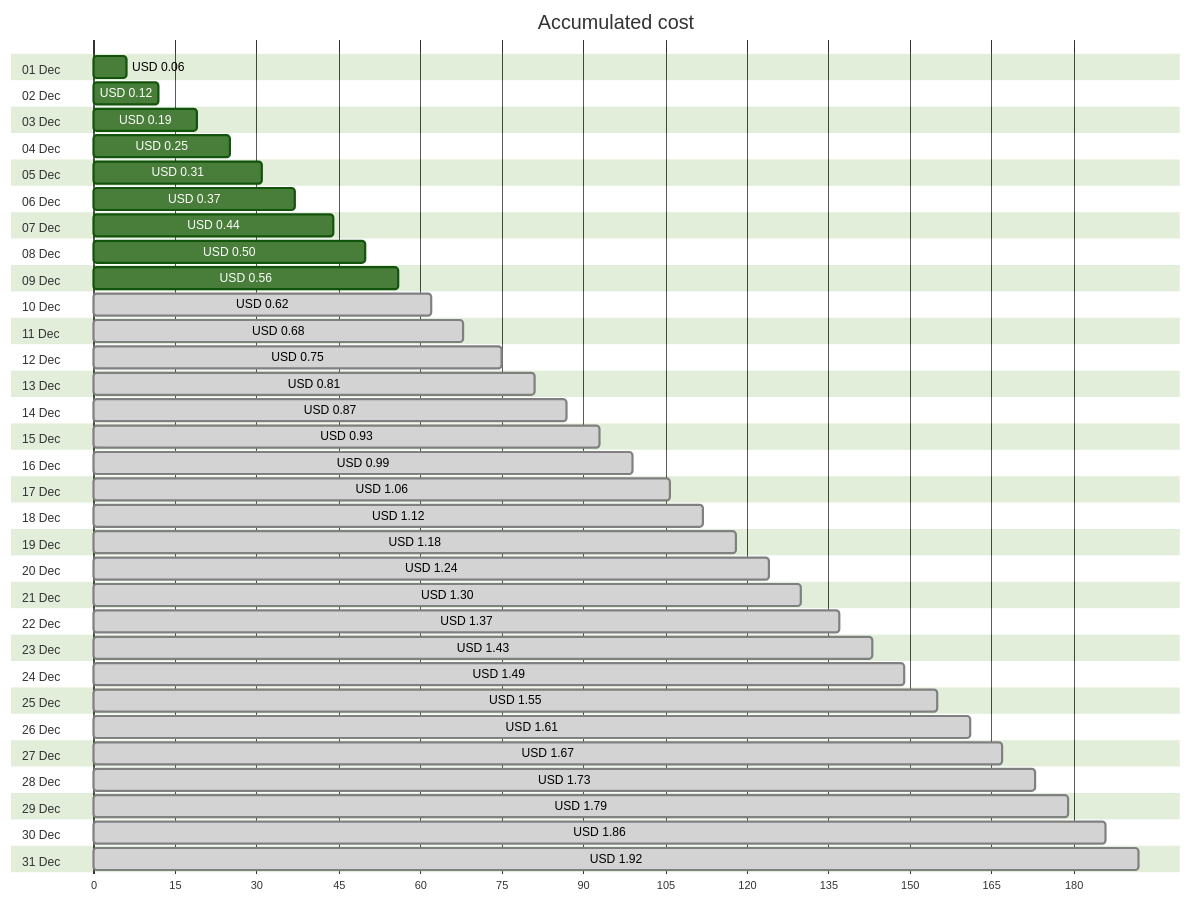
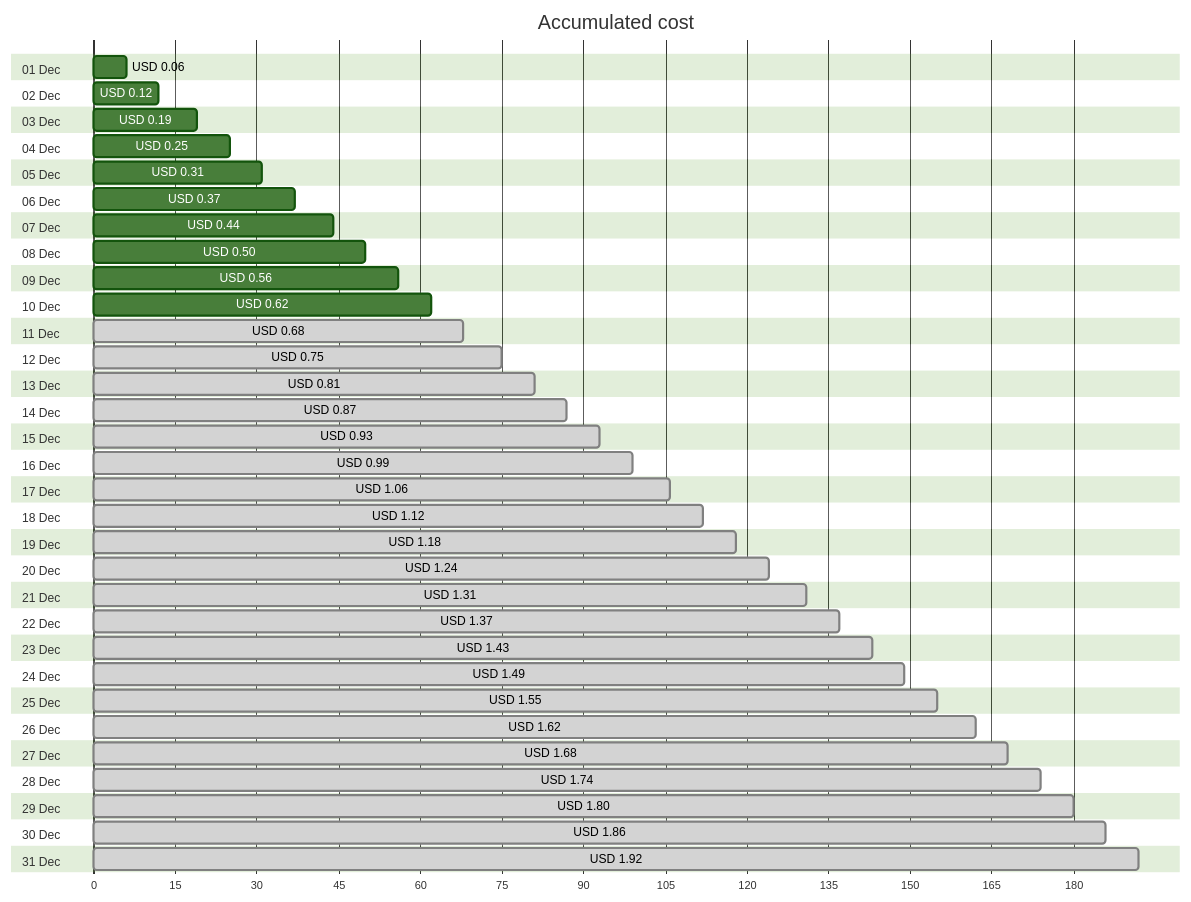
Before and after one commit to jpfulton/azure-personal-reports: the first of 4 diagrams in cost-reports/personal-network/vpn-server_OsDisk.md, drawn with Mermaid (forest theme). The commit also changed other lines of this file and 8 other files, not shown here.

````diff
--- a/cost-reports/personal-network/vpn-server_OsDisk.md
+++ b/cost-reports/personal-network/vpn-server_OsDisk.md
@@ -20,68 +20,68 @@
 ```mermaid
 gantt
    title Accumulated cost
    dateFormat  X
    axisFormat %s
    section 01 Dec
    USD 0.06 :0, 6
    section 02 Dec
    USD 0.12 :0, 12
    section 03 Dec
    USD 0.19 :0, 19
    section 04 Dec
    USD 0.25 :0, 25
    section 05 Dec
    USD 0.31 :0, 31
    section 06 Dec
    USD 0.37 :0, 37
    section 07 Dec
    USD 0.44 :0, 44
    section 08 Dec
    USD 0.50 :0, 50
    section 09 Dec
    USD 0.56 :0, 56
    section 10 Dec
-   USD 0.62 : done, 0, 62
+   USD 0.62 :0, 62
    section 11 Dec
    USD 0.68 : done, 0, 68
    section 12 Dec
    USD 0.75 : done, 0, 75
    section 13 Dec
    USD 0.81 : done, 0, 81
    section 14 Dec
    USD 0.87 : done, 0, 87
    section 15 Dec
    USD 0.93 : done, 0, 93
    section 16 Dec
    USD 0.99 : done, 0, 99
    section 17 Dec
    USD 1.06 : done, 0, 106
    section 18 Dec
    USD 1.12 : done, 0, 112
    section 19 Dec
    USD 1.18 : done, 0, 118
    section 20 Dec
    USD 1.24 : done, 0, 124
    section 21 Dec
-   USD 1.30 : done, 0, 130
+   USD 1.31 : done, 0, 131
    section 22 Dec
    USD 1.37 : done, 0, 137
    section 23 Dec
    USD 1.43 : done, 0, 143
    section 24 Dec
    USD 1.49 : done, 0, 149
    section 25 Dec
    USD 1.55 : done, 0, 155
    section 26 Dec
-   USD 1.61 : done, 0, 161
+   USD 1.62 : done, 0, 162
    section 27 Dec
-   USD 1.67 : done, 0, 167
+   USD 1.68 : done, 0, 168
    section 28 Dec
-   USD 1.73 : done, 0, 173
+   USD 1.74 : done, 0, 174
    section 29 Dec
-   USD 1.79 : done, 0, 179
+   USD 1.80 : done, 0, 180
    section 30 Dec
    USD 1.86 : done, 0, 186
    section 31 Dec
    USD 1.92 : done, 0, 192
 ```
````
